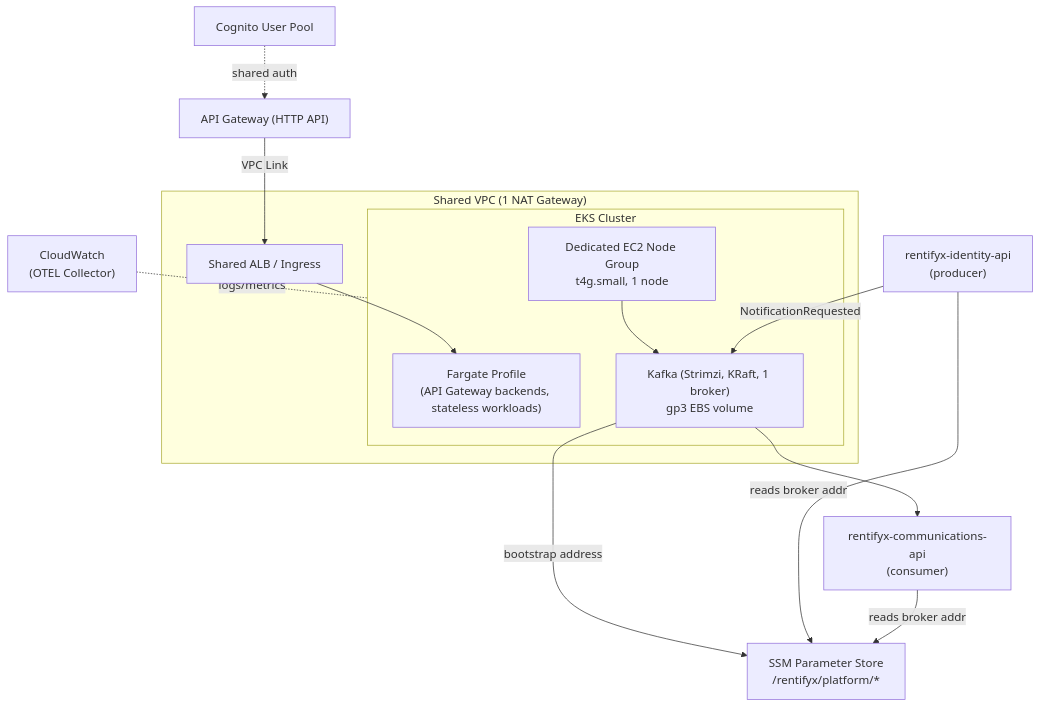
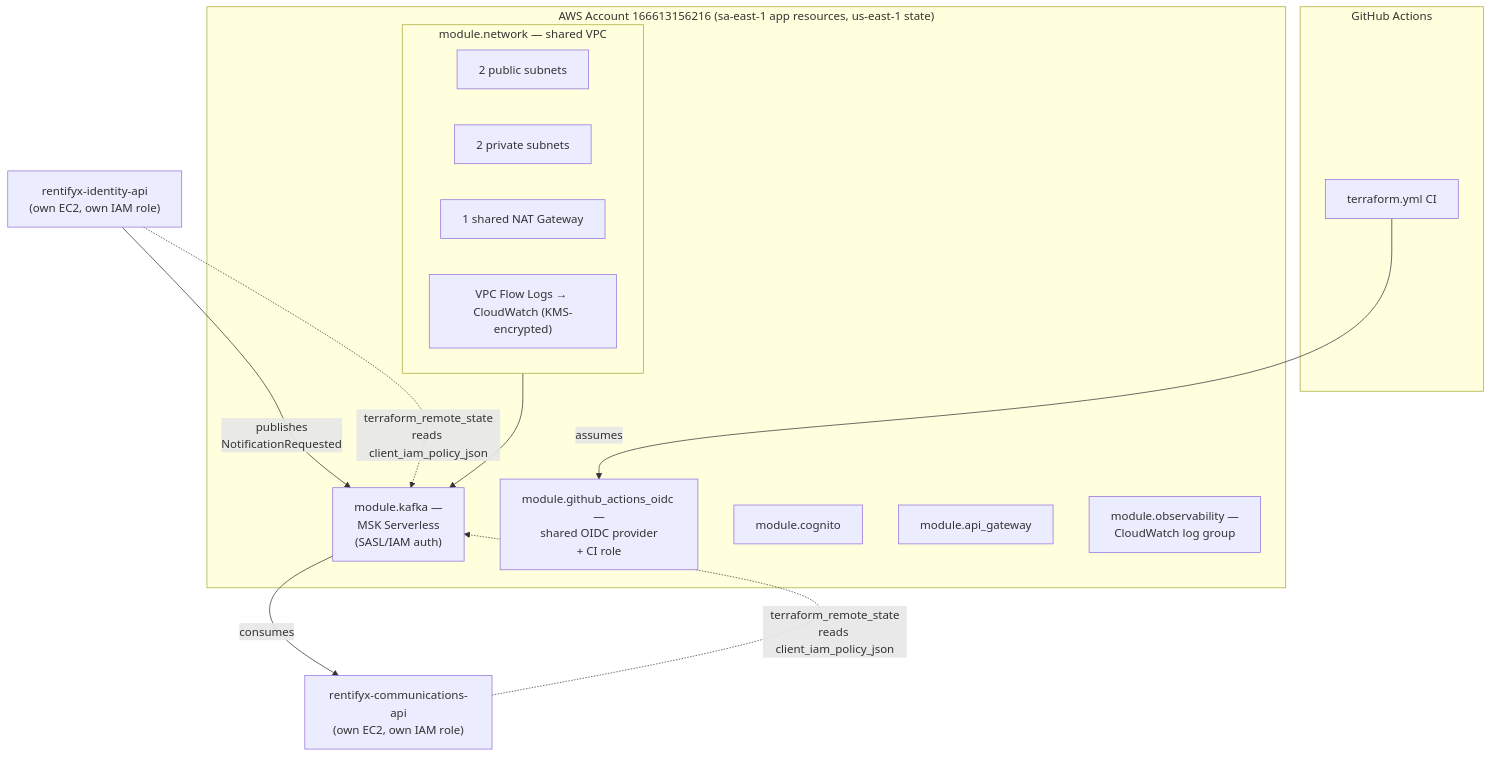
The diagram in README.md (eugeniobandeira/rentifyx-platform), drawn with Mermaid before and after one commit. The commit also changed other lines of this file, not shown here.

Commit message:
docs: rewrite README (why, architecture diagram, ADRs, current status) (#2)

````diff
--- a/README.md
+++ b/README.md
@@ -22,25 +27,32 @@
 ```mermaid
-graph TD
-    subgraph VPC["Shared VPC (1 NAT Gateway)"]
-        subgraph EKS["EKS Cluster"]
-            Fargate["Fargate Profile<br/>(API Gateway backends, stateless workloads)"]
-            NodeGroup["Dedicated EC2 Node Group<br/>t4g.small, 1 node"]
-            Kafka["Kafka (Strimzi, KRaft, 1 broker)<br/>gp3 EBS volume"]
-            NodeGroup --> Kafka
-        end
-        ALB["Shared ALB / Ingress"]
+flowchart TB
+    subgraph GH["GitHub Actions"]
+        CI["terraform.yml CI"]
     end
 
-    APIGW["API Gateway (HTTP API)"] -->|VPC Link| ALB
-    ALB --> Fargate
-    Cognito["Cognito User Pool"] -.shared auth.-> APIGW
-    CW["CloudWatch<br/>(OTEL Collector)"] -.logs/metrics.- EKS
+    subgraph AWS["AWS Account 166613156216 (sa-east-1 app resources, us-east-1 state)"]
+        subgraph VPC["module.network — shared VPC"]
+            Pub["2 public subnets"]
+            Priv["2 private subnets"]
+            NAT["1 shared NAT Gateway"]
+            FlowLogs["VPC Flow Logs → CloudWatch (KMS-encrypted)"]
+        end
 
-    SSM["SSM Parameter Store<br/>/rentifyx/platform/*"]
-    Kafka -->|bootstrap address| SSM
+        MSK["module.kafka —<br/>MSK Serverless<br/>(SASL/IAM auth)"]
+        OIDC["module.github_actions_oidc —<br/>shared OIDC provider<br/>+ CI role"]
+        Cognito["module.cognito"]
+        APIGW["module.api_gateway"]
+        Obs["module.observability —<br/>CloudWatch log group"]
 
-    IdentityAPI["rentifyx-identity-api<br/>(producer)"] -->|reads broker addr| SSM
-    CommsAPI["rentifyx-communications-api<br/>(consumer)"] -->|reads broker addr| SSM
-    IdentityAPI -->|NotificationRequested| Kafka
-    Kafka --> CommsAPI
+        VPC --> MSK
+    end
+
+    IdentityAPI["rentifyx-identity-api<br/>(own EC2, own IAM role)"]
+    CommsAPI["rentifyx-communications-api<br/>(own EC2, own IAM role)"]
+
+    IdentityAPI -->|"publishes<br/>NotificationRequested"| MSK
+    MSK -->|"consumes"| CommsAPI
+    IdentityAPI -.->|"terraform_remote_state<br/>reads client_iam_policy_json"| MSK
+    CommsAPI -.->|"terraform_remote_state<br/>reads client_iam_policy_json"| MSK
+    CI -->|"assumes"| OIDC
 ```
````
